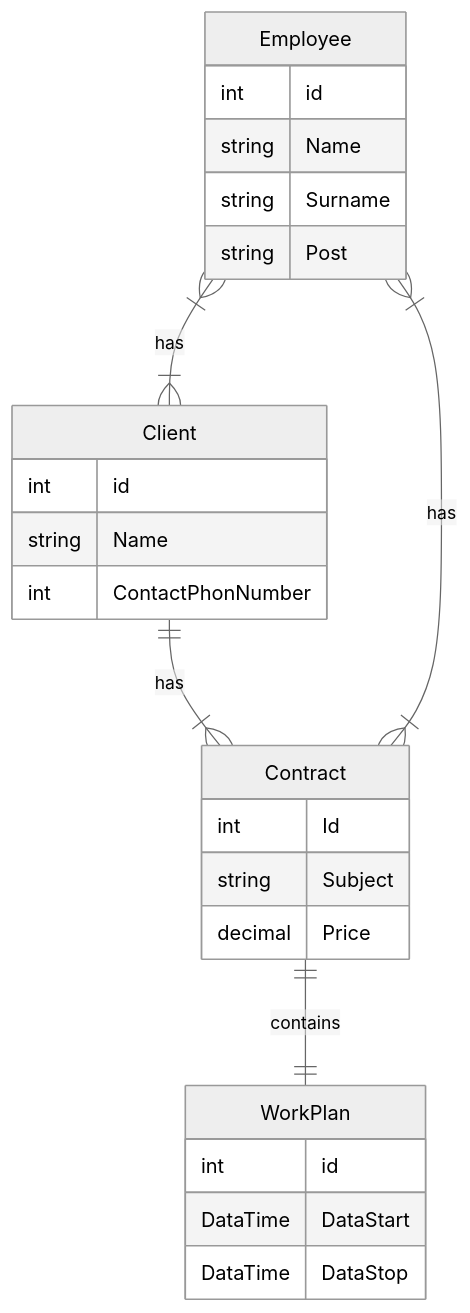
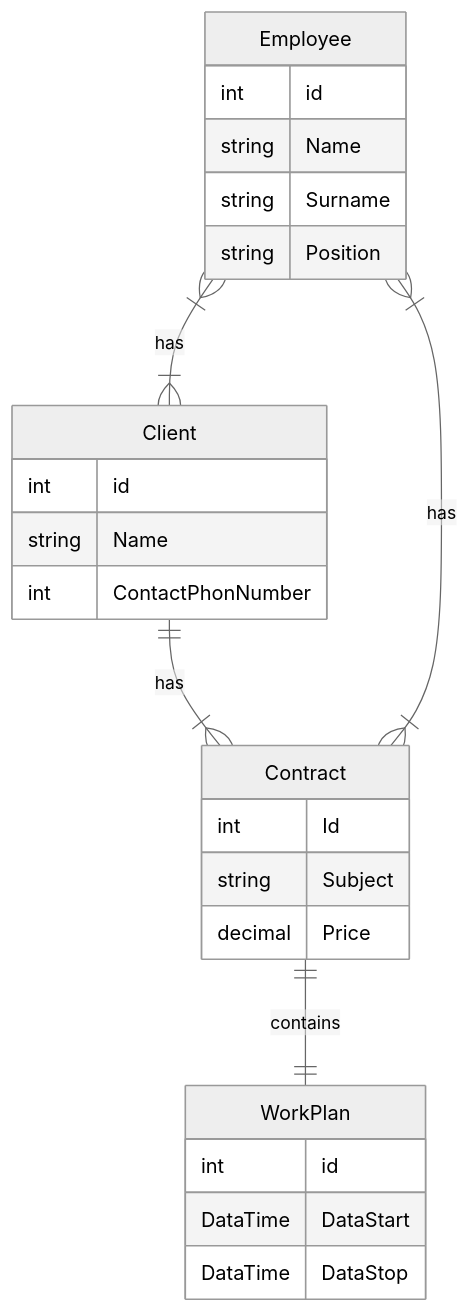
Before and after one commit to KondratenkoDV/CRM: the diagram in README.md, drawn with Mermaid (neutral theme).

````diff
--- a/README.md
+++ b/README.md
@@ -1,31 +1,31 @@
 ```mermaid
 erDiagram
   Employee }|--|{ Client : has
   Client ||--|{ Contract : has
   Employee }|--|{ Contract : has
   Contract ||--|| WorkPlan : contains
   Employee{
       int id
       string Name
       string Surname
-      string Post
+      string Position
   }
 
   Client{
       int id
       string Name
       int ContactPhonNumber
   }
 
   Contract{
       int Id
       string Subject
       decimal Price
   }
 
   WorkPlan{
       int id
       DataTime DataStart
       DataTime DataStop
   }
   ```
````
